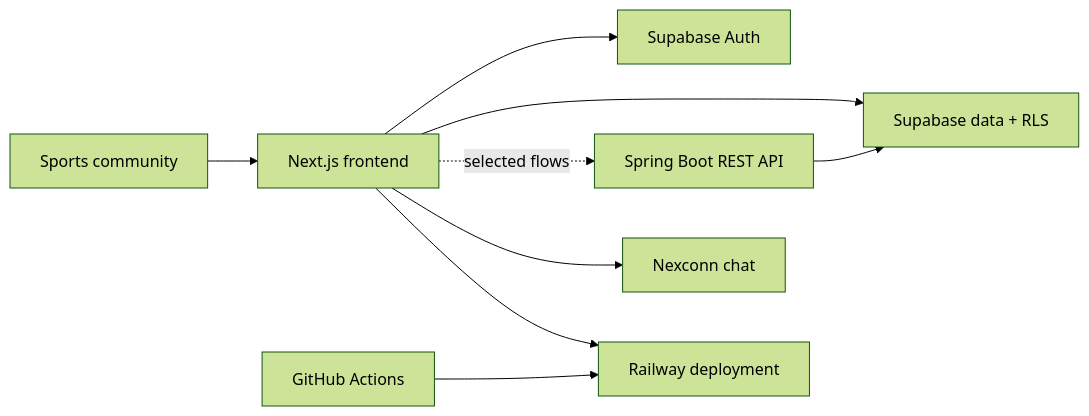
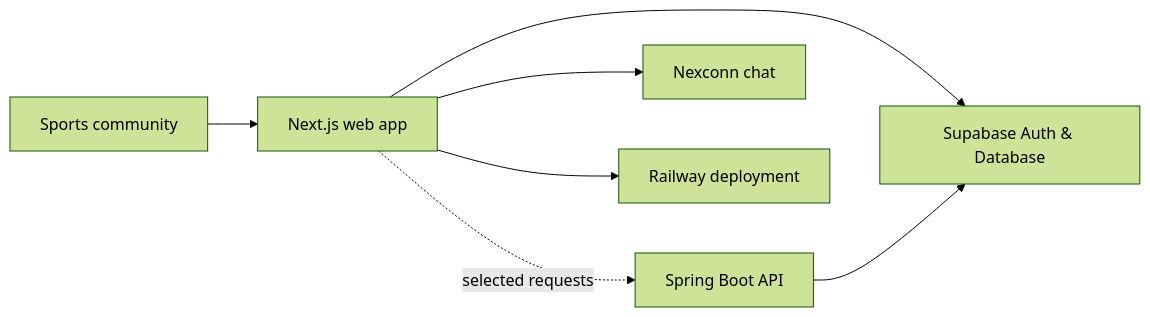
One commit to addulasaikiran-ops/SportsLink changed the diagram in README.md. Above: the diagram before and after it, drawn with Mermaid (forest theme). The commit also changed other lines of this file, not shown here.

Commit message:
Simplify README with sports-focused animations

````diff
--- a/README.md
+++ b/README.md
@@ -138,11 +64,9 @@
 ```mermaid
 flowchart LR
-    Member[Sports community] --> Web[Next.js frontend]
-    Web --> Auth[Supabase Auth]
-    Web --> Data[Supabase data + RLS]
-    Web -. selected flows .-> API[Spring Boot REST API]
-    API --> Data
-    Web --> Chat[Nexconn chat]
-    Web --> Deploy[Railway deployment]
-    CI[GitHub Actions] --> Deploy
+    U[Sports community] --> W[Next.js web app]
+    W --> S[Supabase Auth & Database]
+    W -. selected requests .-> A[Spring Boot API]
+    A --> S
+    W --> C[Nexconn chat]
+    W --> R[Railway deployment]
 ```
````
